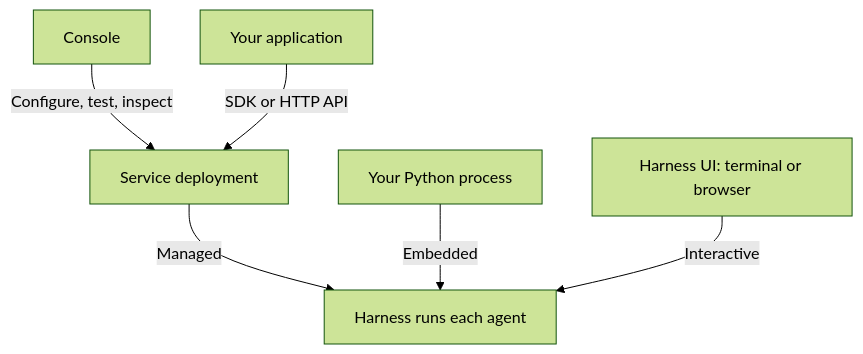
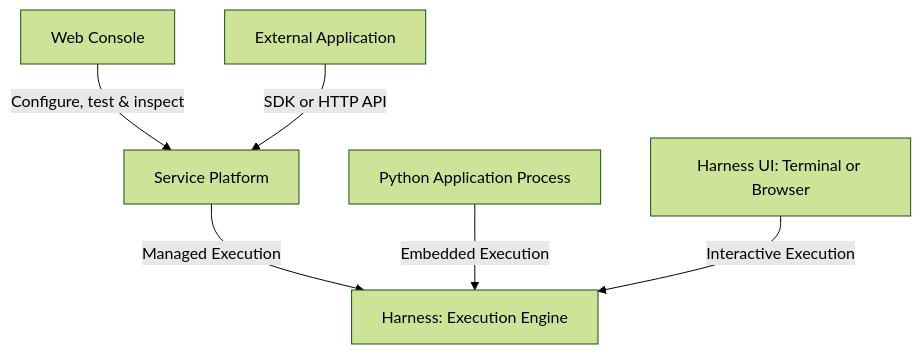
Before and after one commit to converge-ai-labs/agent-foundation: the diagram in docs/overview/choose-your-path.md, drawn with Mermaid (forest theme). The commit also changed other lines of this file and 39 other files, not shown here.

````diff
--- a/docs/overview/choose-your-path.md
+++ b/docs/overview/choose-your-path.md
@@ -23,13 +25,13 @@
 ```mermaid
 flowchart TB
-    Console["Console"] -->|"Configure, test, inspect"| Service["Service deployment"]
-    Client["Your application"] -->|"SDK or HTTP API"| Service
-    Process["Your Python process"]
-    Workbench["Harness UI: terminal or browser"]
-    Service -->|"Managed"| Harness["Harness runs each agent"]
-    Process -->|"Embedded"| Harness
-    Workbench -->|"Interactive"| Harness
+    Console["Web Console"] -->|"Configure, test & inspect"| Service["Service Platform"]
+    Client["External Application"] -->|"SDK or HTTP API"| Service
+    Process["Python Application Process"]
+    Workbench["Harness UI: Terminal or Browser"]
+    Service -->|"Managed Execution"| Harness["Harness: Execution Engine"]
+    Process -->|"Embedded Execution"| Harness
+    Workbench -->|"Interactive Execution"| Harness
 
     class Console,Client,Process,Workbench app
     class Service,Harness a13n
 ```
````
